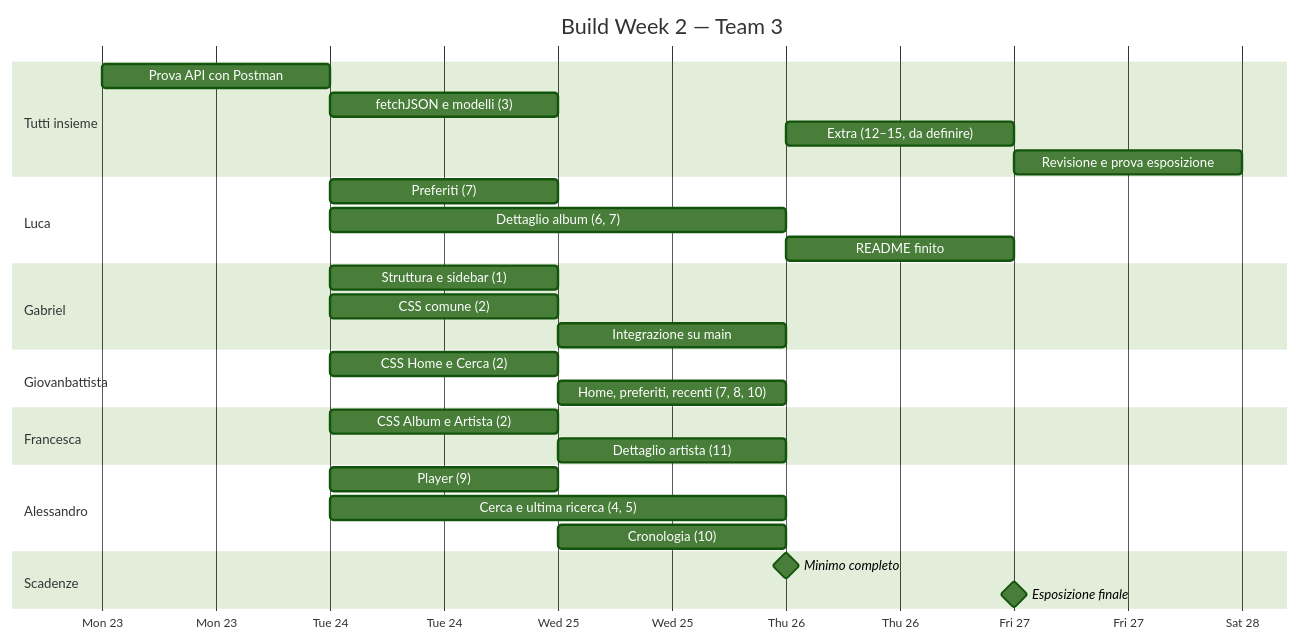
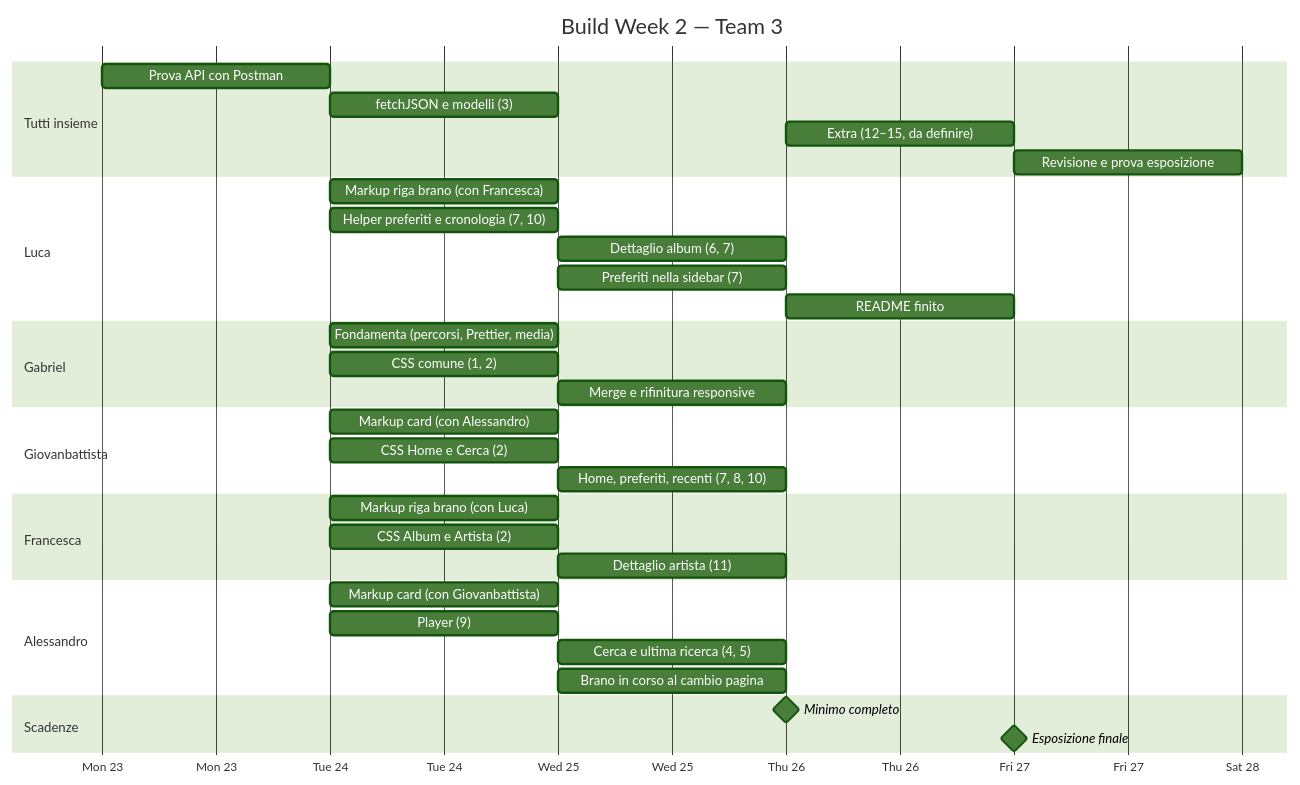
Before and after one commit to Ilbollit0/Team-3-progetto-buildweek-2: the first of 7 diagrams in docs/Controllo e monitoraggio.md, drawn with Mermaid (forest theme). The commit also changed 1 other file, not shown here.

Commit message:
Aggiornamento Project Management

````diff
--- a/docs/Controllo e monitoraggio.md
+++ b/docs/Controllo e monitoraggio.md
@@ -9,39 +9,44 @@
 ```mermaid
 gantt
   title Build Week 2 — Team 3
   dateFormat YYYY-MM-DD
   axisFormat %a %d
 
   section Tutti insieme
   Prova API con Postman            :2026-11-23, 1d
   fetchJSON e modelli (3)          :2026-11-24, 1d
   Extra (12–15, da definire)       :2026-11-26, 1d
   Revisione e prova esposizione    :2026-11-27, 1d
 
   section Luca
-  Preferiti (7)                    :2026-11-24, 1d
-  Dettaglio album (6, 7)           :2026-11-24, 2d
+  Markup riga brano (con Francesca) :2026-11-24, 1d
+  Helper preferiti e cronologia (7, 10) :2026-11-24, 1d
+  Dettaglio album (6, 7)           :2026-11-25, 1d
+  Preferiti nella sidebar (7)      :2026-11-25, 1d
   README finito                    :2026-11-26, 1d
 
   section Gabriel
-  Struttura e sidebar (1)          :2026-11-24, 1d
-  CSS comune (2)                   :2026-11-24, 1d
-  Integrazione su main             :2026-11-25, 1d
+  Fondamenta (percorsi, Prettier, media) :2026-11-24, 1d
+  CSS comune (1, 2)                :2026-11-24, 1d
+  Merge e rifinitura responsive    :2026-11-25, 1d
 
   section Giovanbattista
+  Markup card (con Alessandro)     :2026-11-24, 1d
   CSS Home e Cerca (2)             :2026-11-24, 1d
   Home, preferiti, recenti (7, 8, 10) :2026-11-25, 1d
 
   section Francesca
+  Markup riga brano (con Luca)     :2026-11-24, 1d
   CSS Album e Artista (2)          :2026-11-24, 1d
   Dettaglio artista (11)           :2026-11-25, 1d
 
   section Alessandro
+  Markup card (con Giovanbattista) :2026-11-24, 1d
   Player (9)                       :2026-11-24, 1d
-  Cerca e ultima ricerca (4, 5)    :2026-11-24, 2d
-  Cronologia (10)                  :2026-11-25, 1d
+  Cerca e ultima ricerca (4, 5)    :2026-11-25, 1d
+  Brano in corso al cambio pagina  :2026-11-25, 1d
 
   section Scadenze
   Minimo completo                  :milestone, 2026-11-26, 0d
   Esposizione finale               :milestone, 2026-11-27, 0d
 ```
````
